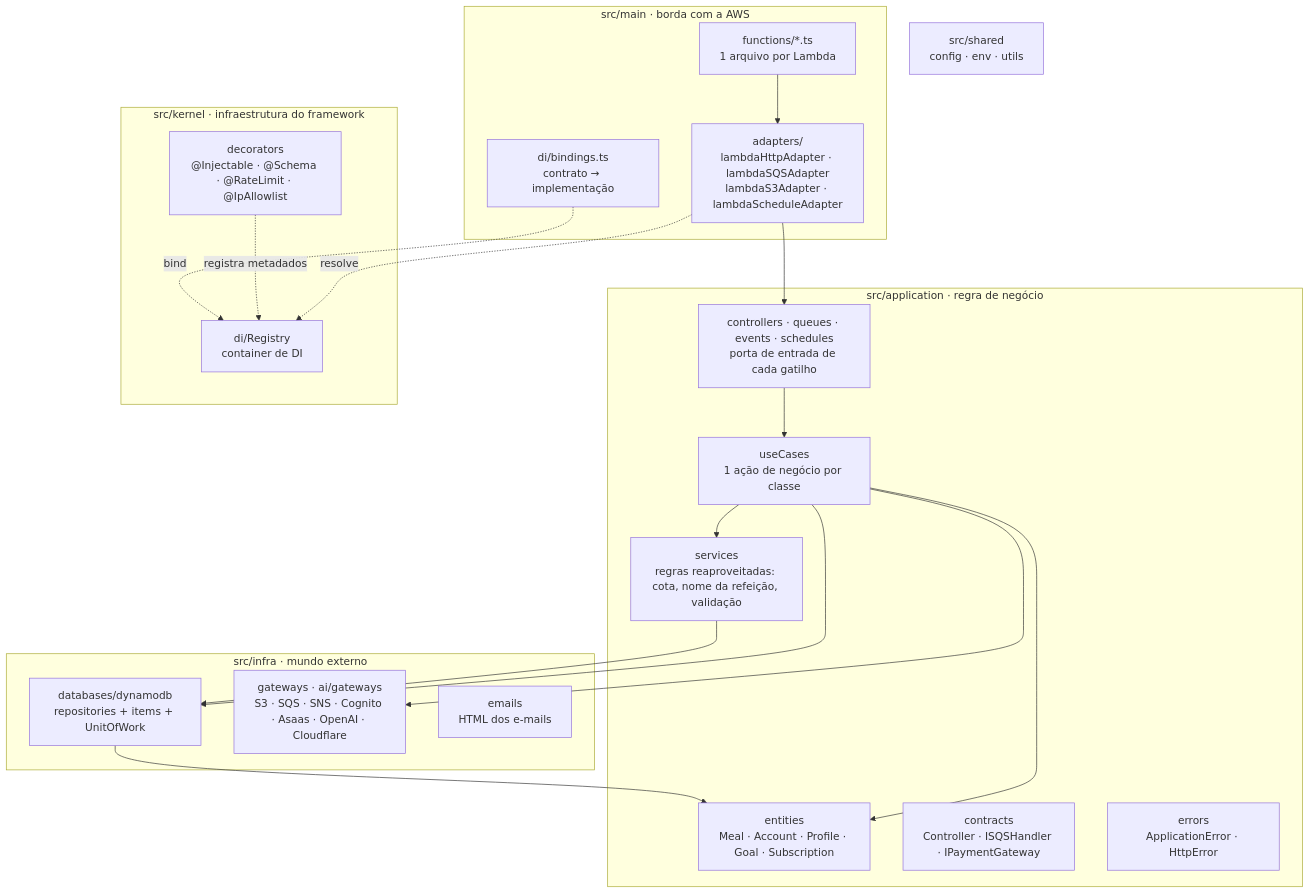
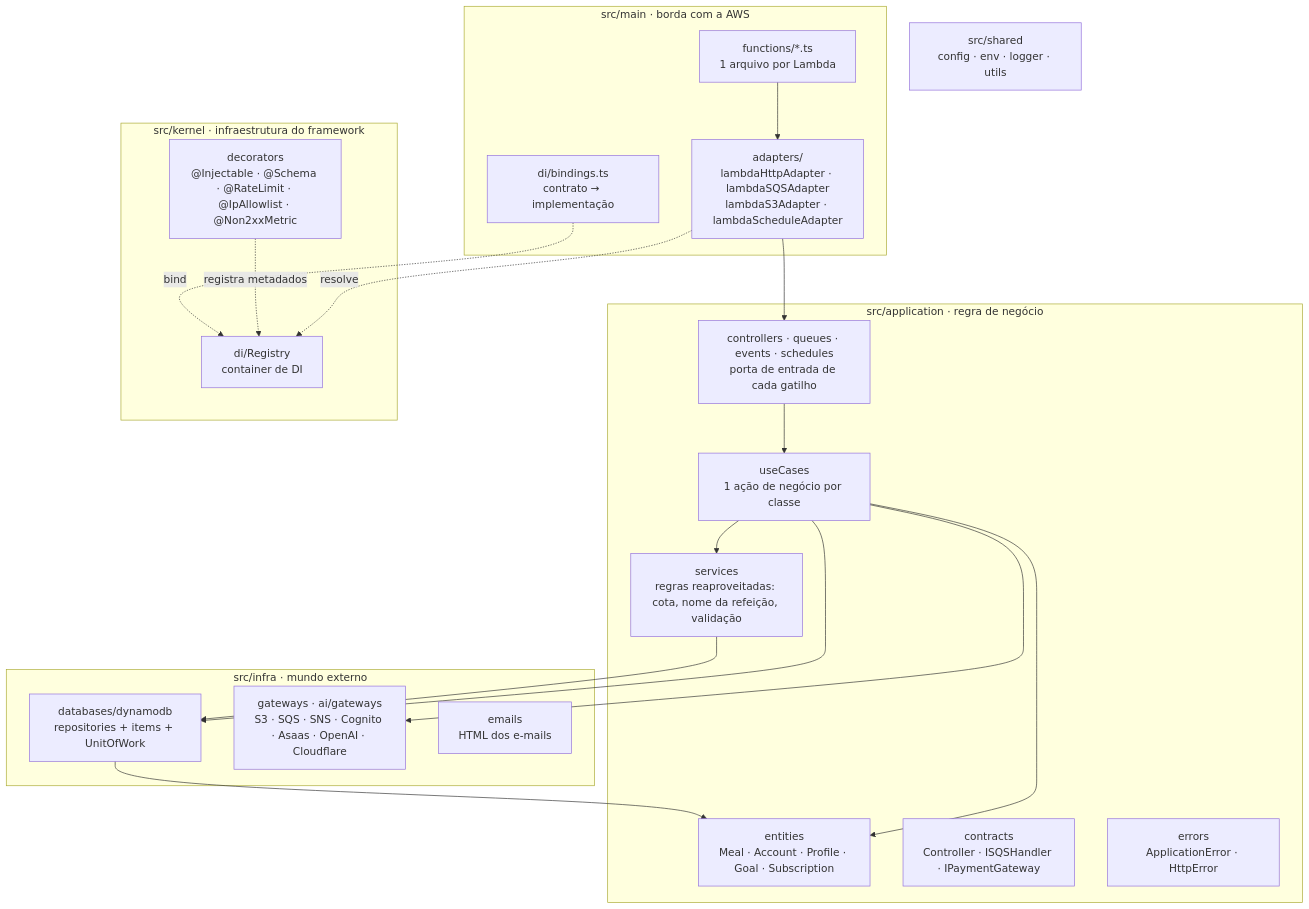
The first of 3 diagrams in docs/guide/02-arquitetura-codigo.md (nivaldoandrade/nacal-api), drawn with Mermaid before and after one commit. The commit also changed other lines of this file and 37 other files, not shown here.

````diff
--- a/docs/guide/02-arquitetura-codigo.md
+++ b/docs/guide/02-arquitetura-codigo.md
@@ -7,41 +7,41 @@
 ```mermaid
 flowchart TB
     subgraph main["src/main · borda com a AWS"]
         fn["functions/*.ts<br/>1 arquivo por Lambda"]
         adapters["adapters/<br/>lambdaHttpAdapter · lambdaSQSAdapter<br/>lambdaS3Adapter · lambdaScheduleAdapter"]
         bindings["di/bindings.ts<br/>contrato → implementação"]
     end
 
     subgraph application["src/application · regra de negócio"]
         entry["controllers · queues · events · schedules<br/>porta de entrada de cada gatilho"]
         usecases["useCases<br/>1 ação de negócio por classe"]
         services["services<br/>regras reaproveitadas: cota, nome da refeição, validação"]
         entities["entities<br/>Meal · Account · Profile · Goal · Subscription"]
         contracts["contracts<br/>Controller · ISQSHandler · IPaymentGateway"]
         errors["errors<br/>ApplicationError · HttpError"]
     end
 
     subgraph infra["src/infra · mundo externo"]
         repos["databases/dynamodb<br/>repositories + items + UnitOfWork"]
         gateways["gateways · ai/gateways<br/>S3 · SQS · SNS · Cognito · Asaas · OpenAI · Cloudflare"]
         emails["emails<br/>HTML dos e-mails"]
     end
 
     subgraph kernel["src/kernel · infraestrutura do framework"]
         di["di/Registry<br/>container de DI"]
-        decorators["decorators<br/>@Injectable · @Schema · @RateLimit · @IpAllowlist"]
+        decorators["decorators<br/>@Injectable · @Schema · @RateLimit · @IpAllowlist · @Non2xxMetric"]
     end
 
-    shared["src/shared<br/>config · env · utils"]
+    shared["src/shared<br/>config · env · logger · utils"]
 
     fn --> adapters --> entry --> usecases
     usecases --> services
     usecases --> entities
     usecases --> repos
     usecases --> gateways
     services --> repos
     repos --> entities
     adapters -. "resolve" .-> di
     decorators -. "registra metadados" .-> di
     bindings -. "bind" .-> di
 ```
````
